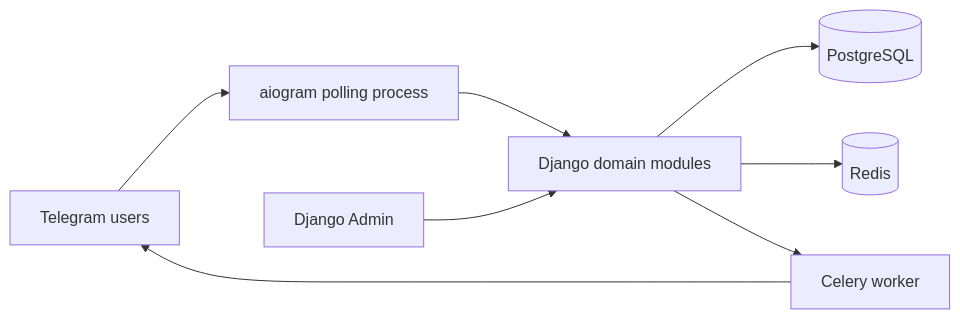
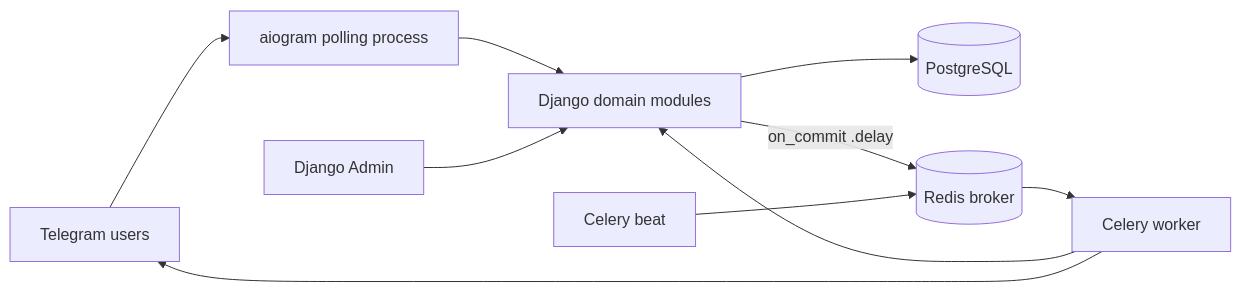
One commit to Key-pi/tableos changed the diagram in docs/architecture/AS_IS_ARCHITECTURE.md. Above: the diagram before and after it, drawn with Mermaid. The commit also changed other lines of this file and 21 other files, not shown here.

````diff
--- a/docs/architecture/AS_IS_ARCHITECTURE.md
+++ b/docs/architecture/AS_IS_ARCHITECTURE.md
@@ -15,10 +22,12 @@
 ```mermaid
 flowchart LR
   TG[Telegram users] --> BOT[aiogram polling process]
   BOT --> DJ[Django domain modules]
   ADMIN[Django Admin] --> DJ
   DJ --> PG[(PostgreSQL)]
-  DJ --> REDIS[(Redis)]
-  DJ --> CELERY[Celery worker]
+  DJ -->|on_commit .delay| REDIS[(Redis broker)]
+  BEAT[Celery beat] --> REDIS
+  REDIS --> CELERY[Celery worker]
+  CELERY --> DJ
   CELERY --> TG
 ```
````
